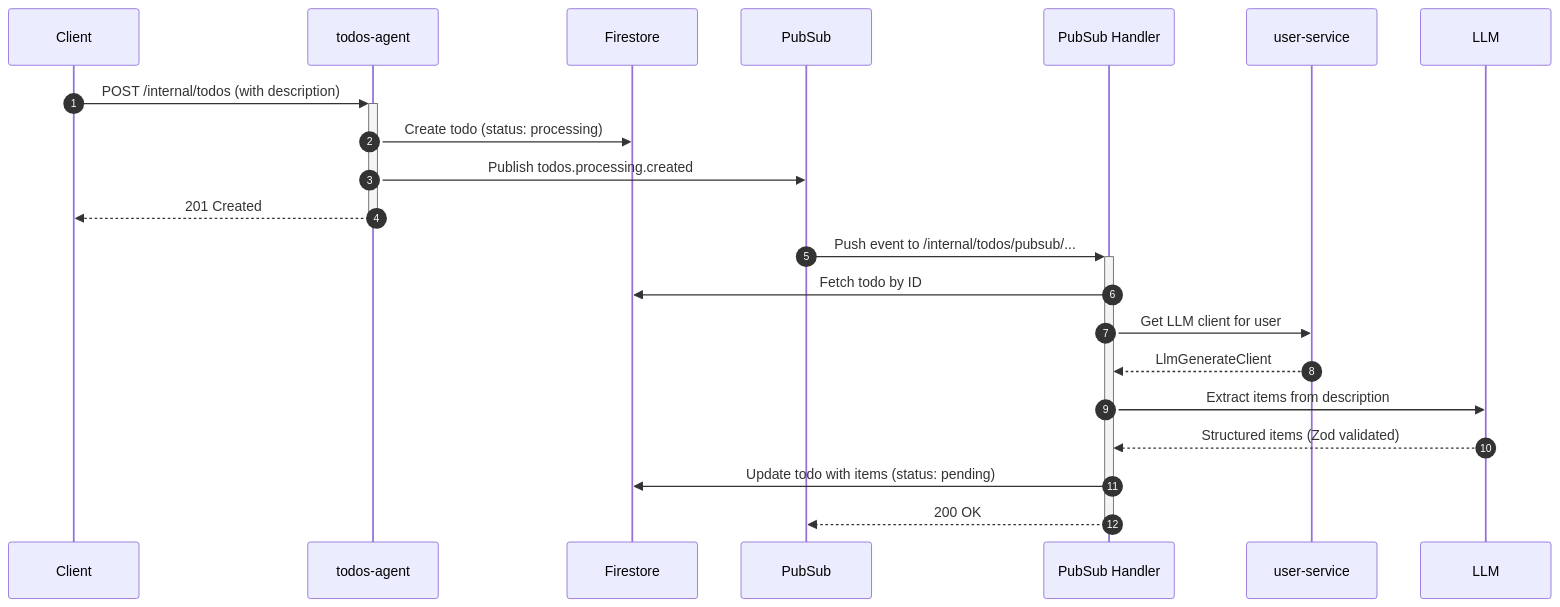
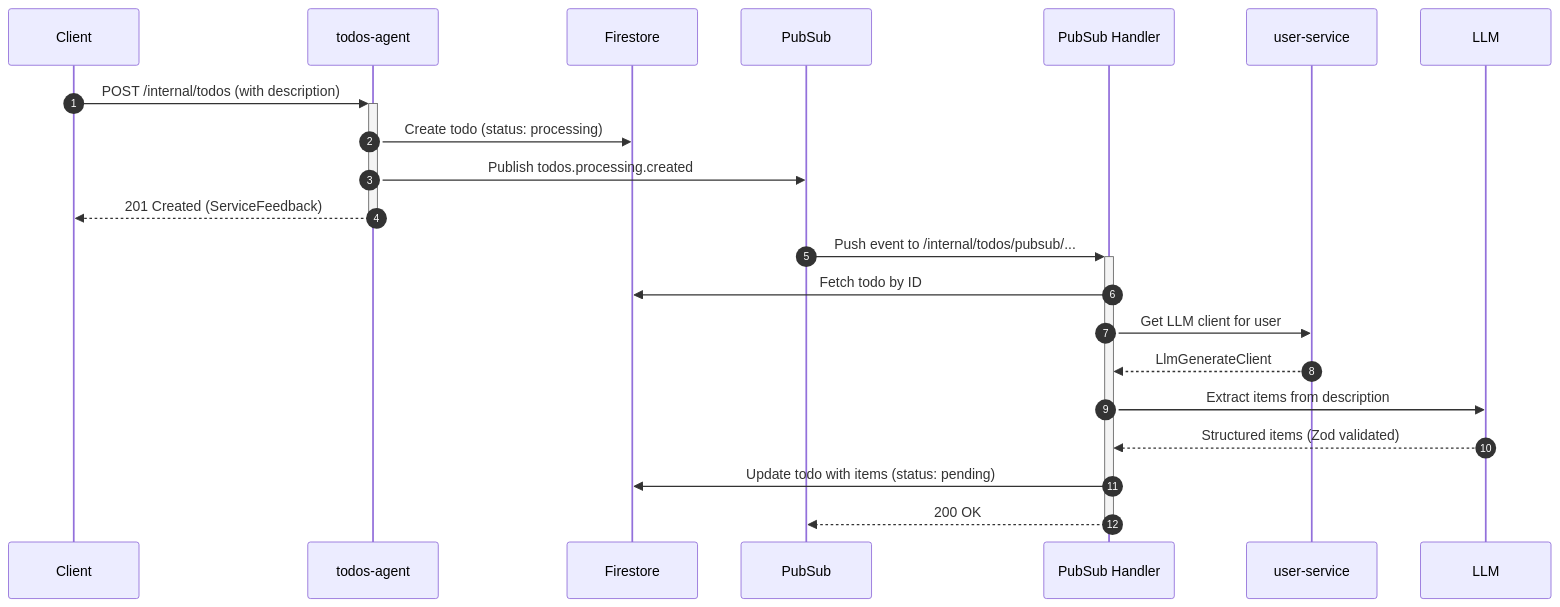
Before and after one commit to pbuchman/intexuraos: the second of 3 diagrams in docs/services/todos-agent/technical.md, drawn with Mermaid. The commit also changed other lines of this file and 134 other files, not shown here.

````diff
--- a/docs/services/todos-agent/technical.md
+++ b/docs/services/todos-agent/technical.md
@@ -49,25 +51,25 @@
 ```mermaid
 sequenceDiagram
     autonumber
     participant Client
     participant API as todos-agent
     participant Firestore
     participant PubSub
     participant Worker as PubSub Handler
     participant UserSvc as user-service
     participant LLM
 
     Client->>+API: POST /internal/todos (with description)
     API->>Firestore: Create todo (status: processing)
     API->>PubSub: Publish todos.processing.created
-    API-->>-Client: 201 Created
+    API-->>-Client: 201 Created (ServiceFeedback)
 
     PubSub->>+Worker: Push event to /internal/todos/pubsub/...
     Worker->>Firestore: Fetch todo by ID
     Worker->>UserSvc: Get LLM client for user
     UserSvc-->>Worker: LlmGenerateClient
     Worker->>LLM: Extract items from description
     LLM-->>Worker: Structured items (Zod validated)
     Worker->>Firestore: Update todo with items (status: pending)
     Worker-->>-PubSub: 200 OK
 ```
````
